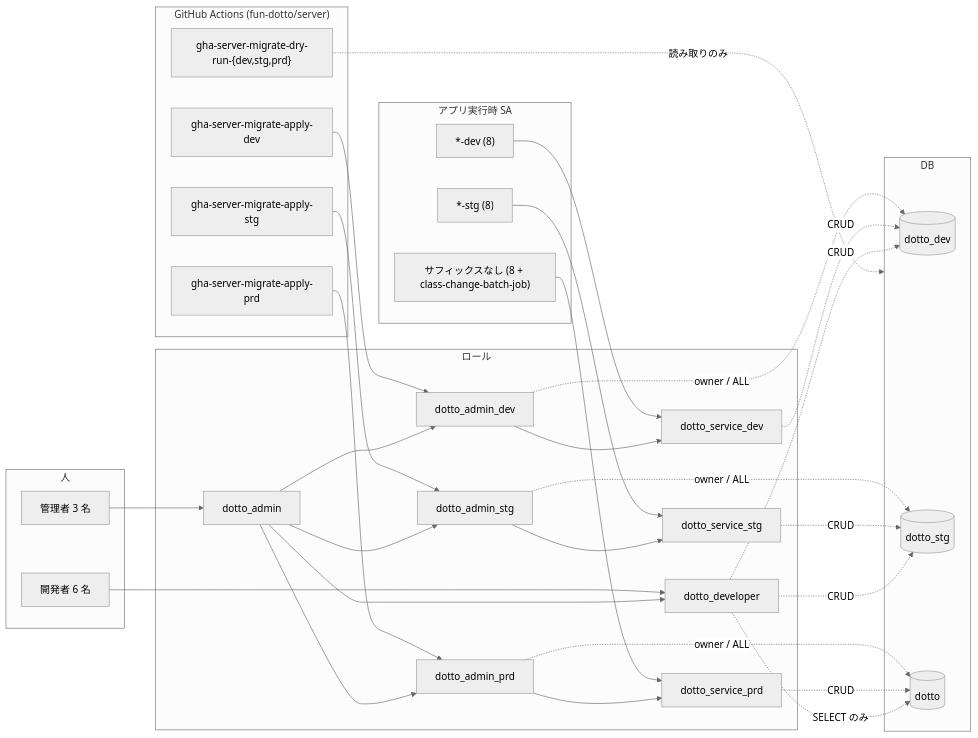
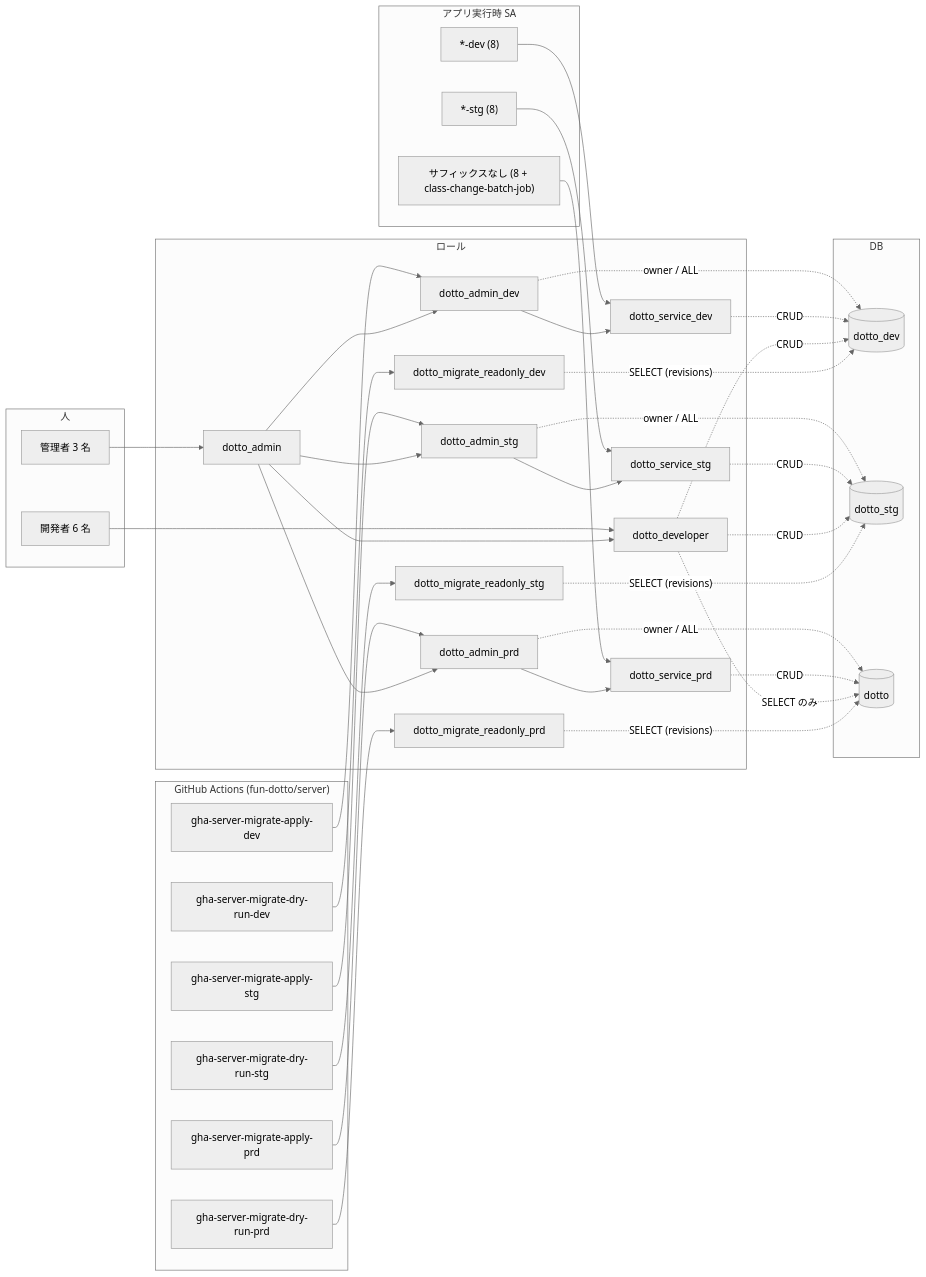
The second of 2 diagrams in docs/postgresql_roles.md (fun-dotto/infra), drawn with Mermaid (neutral theme) before and after one commit. The commit also changed other lines of this file, not shown here.

First line of the commit message:
dry-run 用ロールを環境ごとに分割 (dotto_migrate_readonly_<env>)

````diff
--- a/docs/postgresql_roles.md
+++ b/docs/postgresql_roles.md
@@ -121,61 +128,71 @@
 ```mermaid
 flowchart LR
     subgraph gha["GitHub Actions (fun-dotto/server)"]
         apply_dev[gha-server-migrate-apply-dev]
         apply_stg[gha-server-migrate-apply-stg]
         apply_prd[gha-server-migrate-apply-prd]
-        dry["gha-server-migrate-dry-run-{dev,stg,prd}"]
+        dry_dev[gha-server-migrate-dry-run-dev]
+        dry_stg[gha-server-migrate-dry-run-stg]
+        dry_prd[gha-server-migrate-dry-run-prd]
     end
 
     subgraph runtime["アプリ実行時 SA"]
         svc_dev["*-dev (8)"]
         svc_stg["*-stg (8)"]
         svc_prd["サフィックスなし (8 + class-change-batch-job)"]
     end
 
     subgraph people["人"]
         admins["管理者 3 名"]
         devs["開発者 6 名"]
     end
 
     subgraph roles["ロール"]
         dotto_admin
         dotto_developer
         admin_dev[dotto_admin_dev]
         admin_stg[dotto_admin_stg]
         admin_prd[dotto_admin_prd]
         service_dev[dotto_service_dev]
+        readonly_dev[dotto_migrate_readonly_dev]
         service_stg[dotto_service_stg]
+        readonly_stg[dotto_migrate_readonly_stg]
         service_prd[dotto_service_prd]
+        readonly_prd[dotto_migrate_readonly_prd]
     end
 
     subgraph dbs["DB"]
         db_dev[(dotto_dev)]
         db_stg[(dotto_stg)]
         db_prd[(dotto)]
     end
 
     apply_dev --> admin_dev
     apply_stg --> admin_stg
     apply_prd --> admin_prd
     svc_dev --> service_dev
     svc_stg --> service_stg
     svc_prd --> service_prd
     admins --> dotto_admin
     devs --> dotto_developer
     dotto_admin --> admin_dev & admin_stg & admin_prd & dotto_developer
     admin_dev --> service_dev
     admin_stg --> service_stg
     admin_prd --> service_prd
 
     admin_dev -. owner / ALL .-> db_dev
     admin_stg -. owner / ALL .-> db_stg
     admin_prd -. owner / ALL .-> db_prd
     service_dev -. CRUD .-> db_dev
     service_stg -. CRUD .-> db_stg
     service_prd -. CRUD .-> db_prd
     dotto_developer -. "CRUD" .-> db_dev
     dotto_developer -. "CRUD" .-> db_stg
     dotto_developer -. "SELECT のみ" .-> db_prd
-    dry -. "読み取りのみ" .-> dbs
+    dry_dev --> readonly_dev
+    dry_stg --> readonly_stg
+    dry_prd --> readonly_prd
+    readonly_dev -. "SELECT (revisions)" .-> db_dev
+    readonly_stg -. "SELECT (revisions)" .-> db_stg
+    readonly_prd -. "SELECT (revisions)" .-> db_prd
 ```
````
